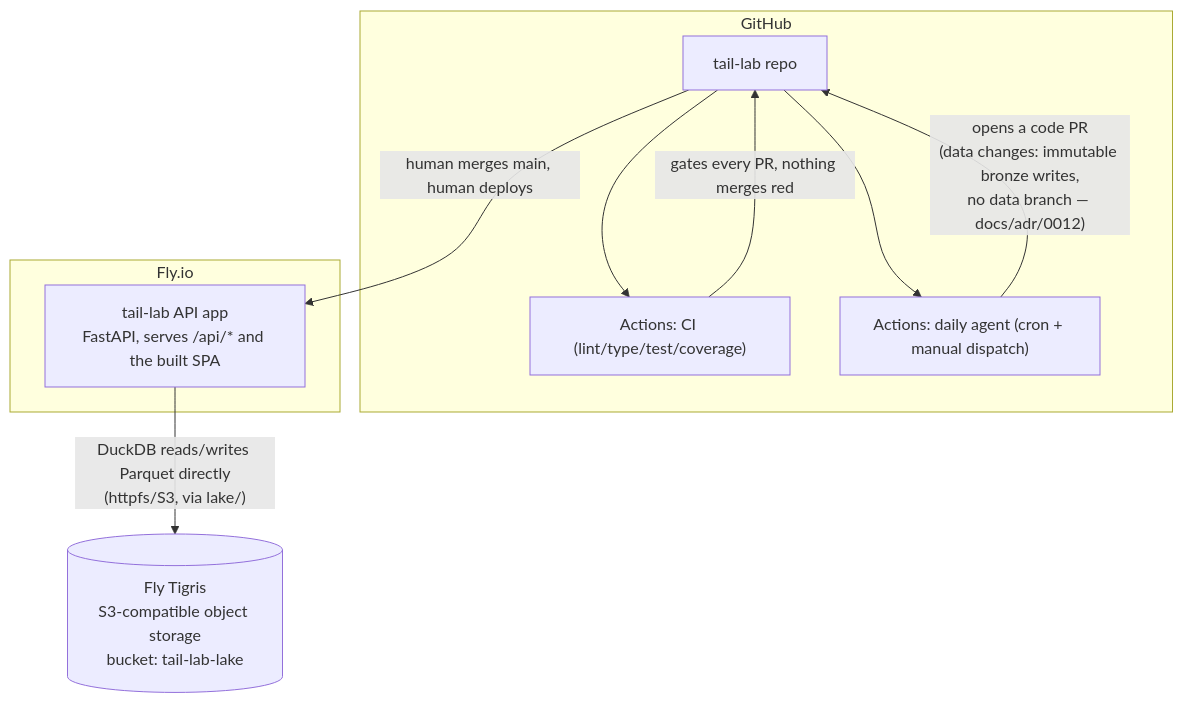
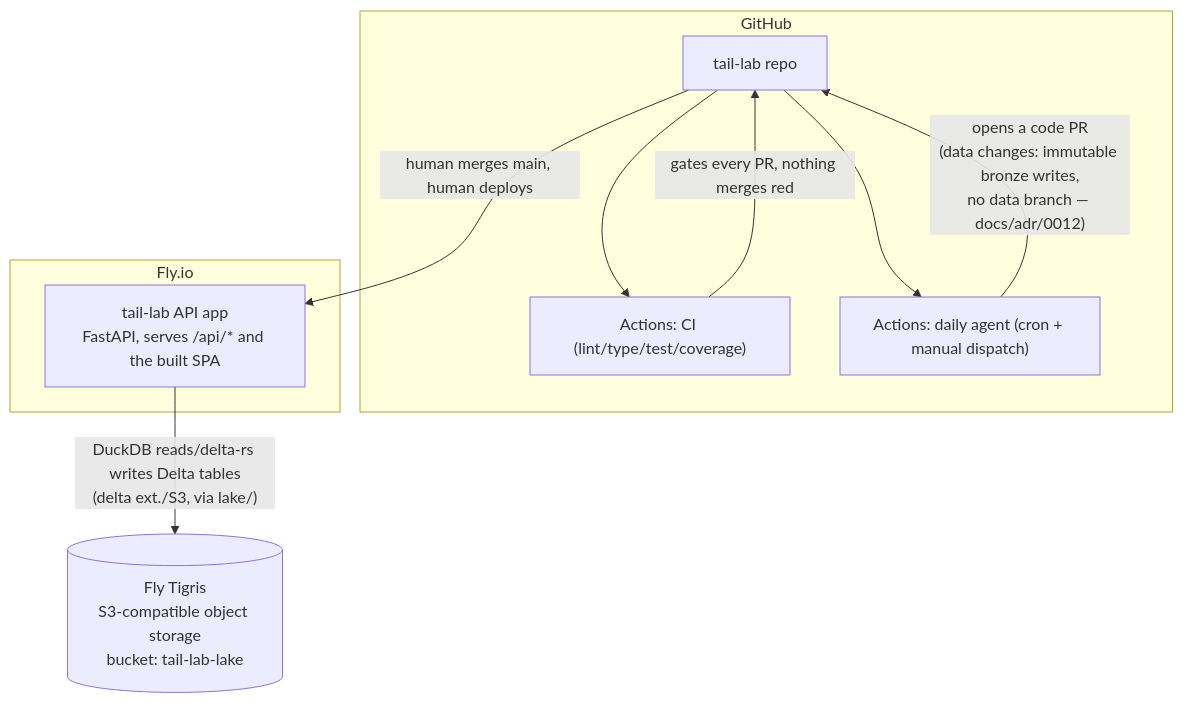
The second of 3 diagrams in ARCHITECTURE.md (diomavro/tail-lab), drawn with Mermaid before and after one commit. The commit also changed other lines of this file and 17 other files, not shown here.

First line of the commit message:
Migrate storage to Delta Lake (delta-rs) on Tigris

````diff
--- a/ARCHITECTURE.md
+++ b/ARCHITECTURE.md
@@ -66,21 +66,21 @@
 ```mermaid
 flowchart TB
     subgraph GH["GitHub"]
         REPO["tail-lab repo"]
         CI["Actions: CI (lint/type/test/coverage)"]
         CRON["Actions: daily agent (cron + manual dispatch)"]
     end
 
     subgraph FLY["Fly.io"]
         APIAPP["tail-lab API app<br/>FastAPI, serves /api/* and the built SPA"]
     end
 
     OBJ[("Fly Tigris<br/>S3-compatible object storage<br/>bucket: tail-lab-lake")]
 
     REPO --> CI
     REPO --> CRON
     CRON -- "opens a code PR<br/>(data changes: immutable bronze writes,<br/>no data branch — docs/adr/0012)" --> REPO
     CI -- "gates every PR, nothing merges red" --> REPO
     REPO -- "human merges main, human deploys" --> APIAPP
-    APIAPP -- "DuckDB reads/writes Parquet directly<br/>(httpfs/S3, via lake/)" --> OBJ
+    APIAPP -- "DuckDB reads/delta-rs writes Delta tables<br/>(delta ext./S3, via lake/)" --> OBJ
 ```
````
